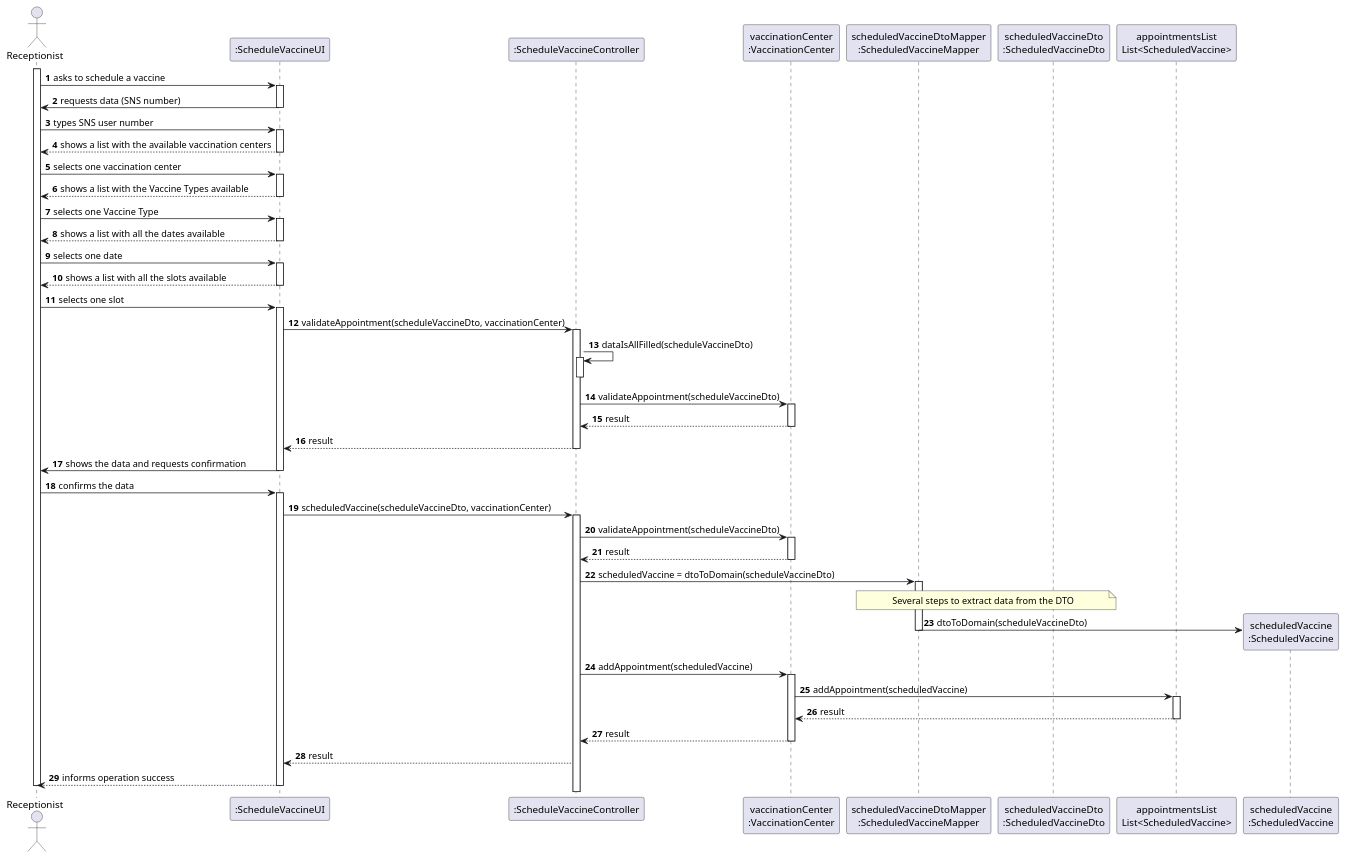
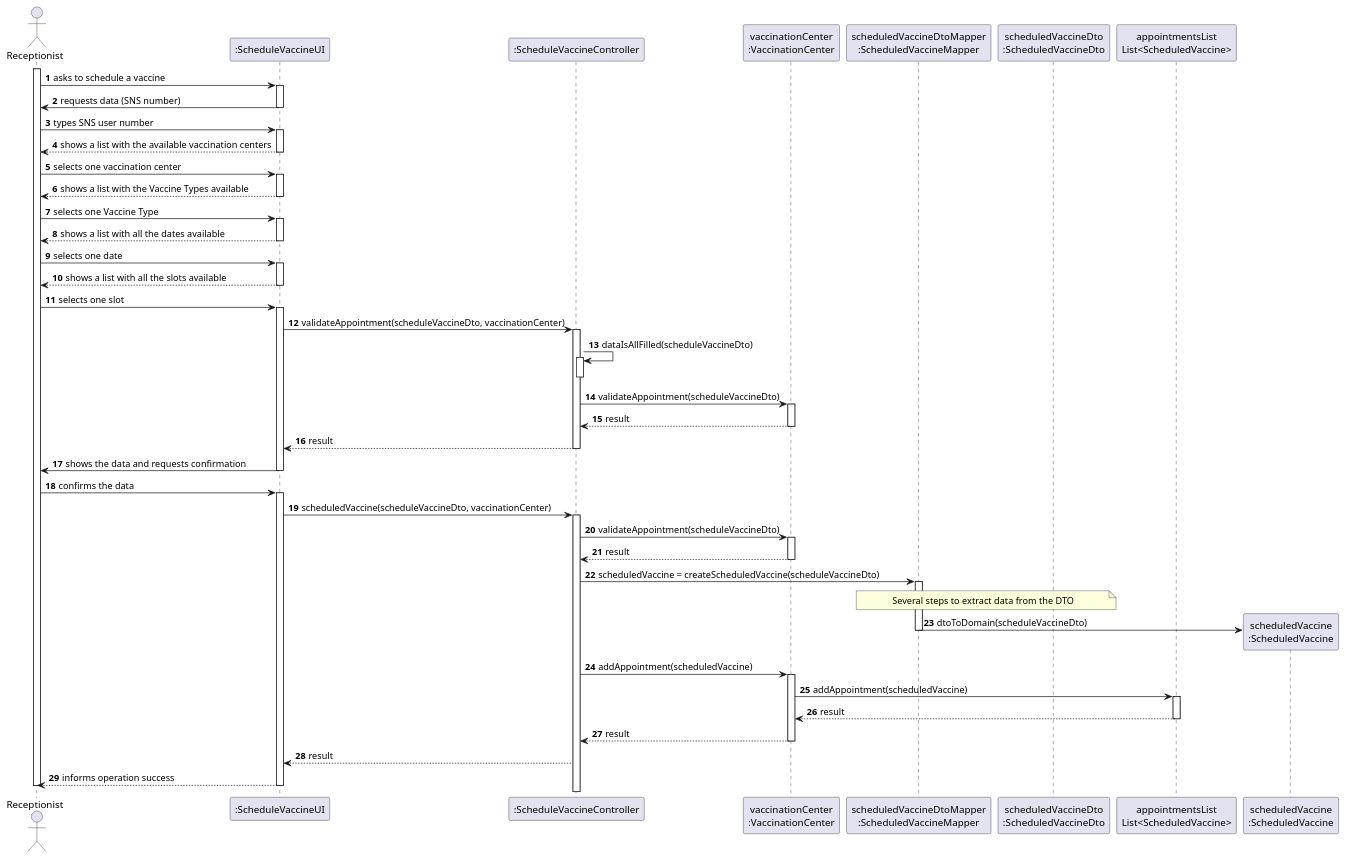
Before and after one commit to Pirussa/lei-22-s2-1da-g02: the diagram in docs/SprintC/US001/US001_SD.puml, drawn with PlantUML. The commit also changed 4 other files, not shown here.

```diff
--- a/docs/SprintC/US001/US001_SD.puml
+++ b/docs/SprintC/US001/US001_SD.puml
@@ -1,118 +1,118 @@
 @startuml
 
 autonumber
 
 actor Receptionist as R
 
 participant ":ScheduleVaccineUI" as UI
 participant ":ScheduleVaccineController" as CTRL
 participant "vaccinationCenter\n:VaccinationCenter" as VC
 participant "scheduledVaccineDtoMapper\n:ScheduledVaccineMapper" as M
 participant "scheduledVaccineDto\n:ScheduledVaccineDto" as DTO
 participant "appointmentsList\nList<ScheduledVaccine>" as L
 
 'participant "Utils" as U
 
 activate R
 R -> UI : asks to schedule a vaccine
 
 
 activate UI
 UI-> R : requests data (SNS number)
 deactivate UI
 R-> UI : types SNS user number
 
 
 activate UI
 UI --> R : shows a list with the available vaccination centers
 deactivate UI
 R -> UI : selects one vaccination center
 
 
 activate UI
  UI --> R : shows a list with the Vaccine Types available
 deactivate UI
 R -> UI : selects one Vaccine Type
 
 
 activate UI
  UI --> R : shows a list with all the dates available
 deactivate UI
 R -> UI : selects one date
 
 
 activate UI
  UI --> R : shows a list with all the slots available
 deactivate UI
 R -> UI : selects one slot
 
 
 
 activate UI
 UI -> CTRL : validateAppointment(scheduleVaccineDto, vaccinationCenter)
 
 activate CTRL
 CTRL -> CTRL : dataIsAllFilled(scheduleVaccineDto)
 activate CTRL
 deactivate CTRL
 CTRL -> VC : validateAppointment(scheduleVaccineDto)
 
 activate VC
 VC ---> CTRL : result
 deactivate VC
 
 
 CTRL ---> UI : result
 deactivate CTRL
 
 UI -> R : shows the data and requests confirmation
 deactivate UI
 
 R -> UI : confirms the data
 activate UI
 
 UI -> CTRL : scheduledVaccine(scheduleVaccineDto, vaccinationCenter)
 activate CTRL
 
 
 CTRL -> VC : validateAppointment(scheduleVaccineDto)
 
 activate VC
 VC ---> CTRL : result
 deactivate VC
-CTRL -> M : scheduledVaccine = dtoToDomain(scheduleVaccineDto)
+CTRL -> M : scheduledVaccine = createScheduledVaccine(scheduleVaccineDto)
 activate M
 note over M, DTO
 Several steps to extract data from the DTO
 end note
 M -> "scheduledVaccine\n:ScheduledVaccine" ** : dtoToDomain(scheduleVaccineDto)
 deactivate M
 
 CTRL -> VC : addAppointment(scheduledVaccine)
 activate VC
 
 
 VC -> L : addAppointment(scheduledVaccine)
 activate L
 L --> VC : result
 
 deactivate L
 
 VC --> CTRL : result
 
 deactivate VC
 
 
 
 
 
 
 
 
 
 
 CTRL ---> UI : result
 UI --> R : informs operation success
 deactivate UI
 deactivate R
 @enduml
```
